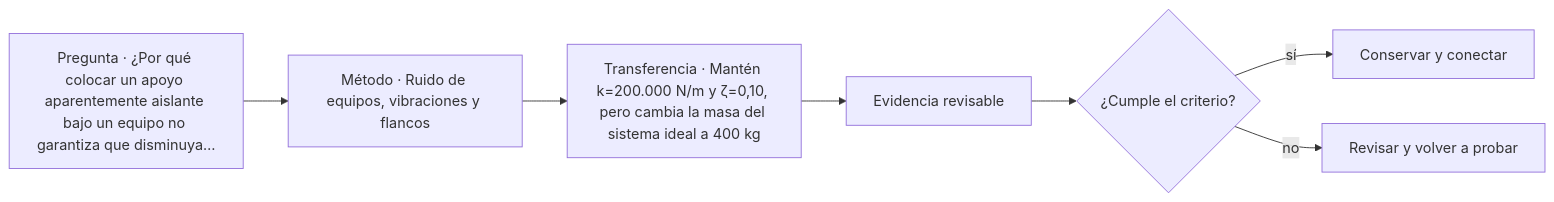
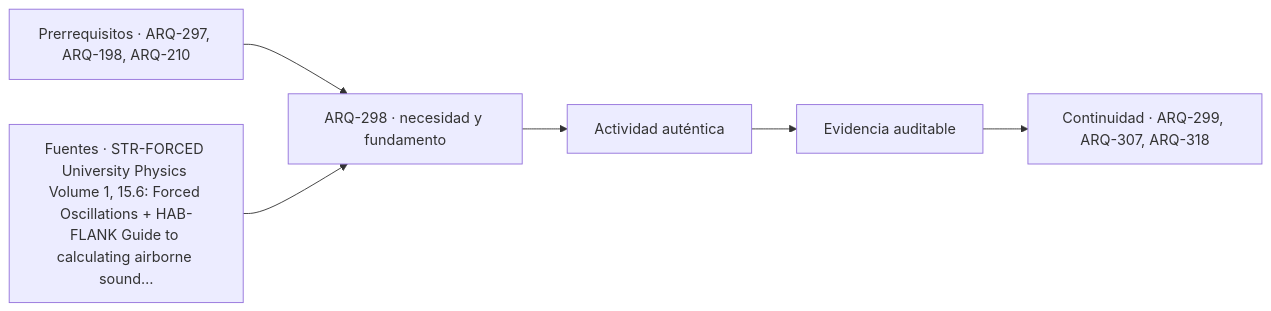
Before and after one commit to vladimiracunadev-create/architecture-built-environment-learning-program: the diagram in classes/parte-30/ARQ-298.md, drawn with Mermaid. The commit also changed other lines of this file and 761 other files, not shown here.

````diff
--- a/classes/parte-30/ARQ-298.md
+++ b/classes/parte-30/ARQ-298.md
@@ -107,9 +119,8 @@
 ```mermaid
 flowchart LR
-    Q["Pregunta · ¿Por qué colocar un apoyo aparentemente aislante bajo un equipo no garantiza que disminuya…"] --> M["Método · Ruido de equipos, vibraciones y flancos"]
-    M --> P["Transferencia · Mantén k=200.000 N/m y ζ=0,10, pero cambia la masa del sistema ideal a 400 kg"]
-    P --> E["Evidencia revisable"]
-    E --> C{"¿Cumple el criterio?"}
-    C -->|sí| T["Conservar y conectar"]
-    C -->|no| R["Revisar y volver a probar"]
+    A["Prerrequisitos · ARQ-297, ARQ-198, ARQ-210"] --> B["ARQ-298 · necesidad y fundamento"]
+    S["Fuentes · STR-FORCED University Physics Volume 1, 15.6: Forced Oscillations + HAB-FLANK Guide to calculating airborne sound…"] --> B
+    B --> C["Actividad auténtica"]
+    C --> D["Evidencia auditable"]
+    D --> E["Continuidad · ARQ-299, ARQ-307, ARQ-318"]
 ```
````
